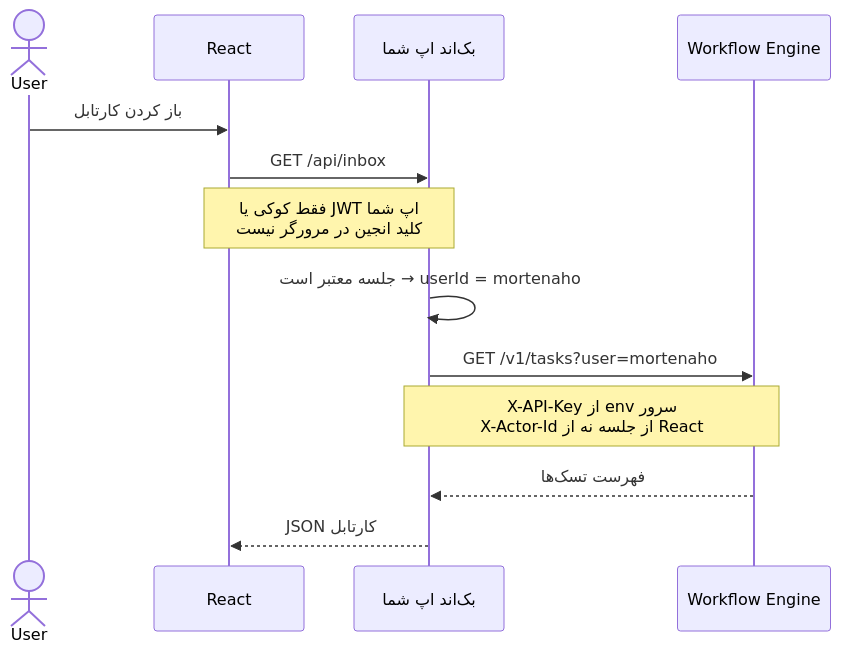
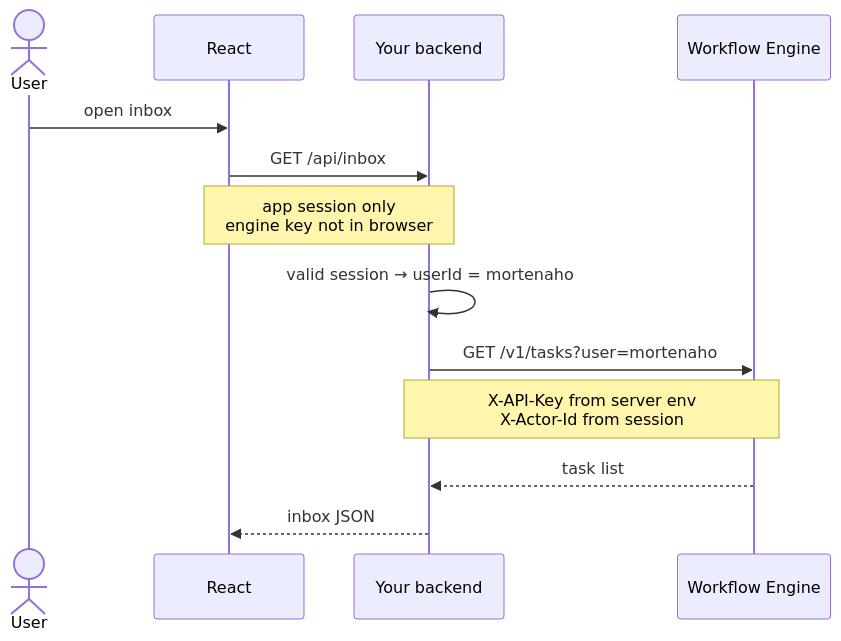
Before and after one commit to mortenaho/WorkFlowEngine: the fourth of 5 diagrams in docs/architecture.md, drawn with Mermaid. The commit also changed other lines of this file and 3 other files, not shown here.

````diff
--- a/docs/architecture.md
+++ b/docs/architecture.md
@@ -243,16 +265,16 @@
 ```mermaid
 sequenceDiagram
   actor User
   participant React
-  participant BFF as بک‌اند اپ شما
+  participant BFF as Your backend
   participant Engine as Workflow Engine
 
-  User->>React: باز کردن کارتابل
+  User->>React: open inbox
   React->>BFF: GET /api/inbox
-  Note over React,BFF: فقط کوکی یا JWT اپ شما<br/>کلید انجین در مرورگر نیست
-  BFF->>BFF: جلسه معتبر است → userId = mortenaho
+  Note over React,BFF: app session only<br/>engine key not in browser
+  BFF->>BFF: valid session → userId = mortenaho
   BFF->>Engine: GET /v1/tasks?user=mortenaho
-  Note over BFF,Engine: X-API-Key از env سرور<br/>X-Actor-Id از جلسه نه از React
-  Engine-->>BFF: فهرست تسک‌ها
-  BFF-->>React: JSON کارتابل
+  Note over BFF,Engine: X-API-Key from server env<br/>X-Actor-Id from session
+  Engine-->>BFF: task list
+  BFF-->>React: inbox JSON
 ```
````
